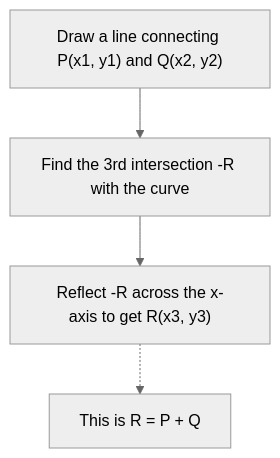
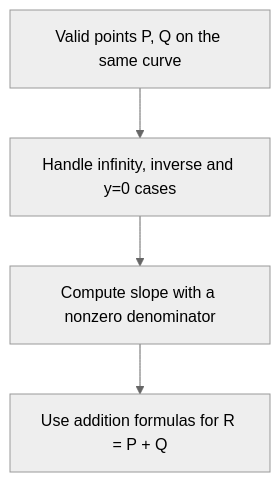
One commit to kenjinote/blog changed the first of 3 diagrams in content/post/楕円曲線暗号の数学的基礎とcppでの実装/index.en.md. Above: the diagram before and after it, drawn with Mermaid (neutral theme). The commit also changed other lines of this file and 8 other files, not shown here.

````diff
--- a/content/post/楕円曲線暗号の数学的基礎とcppでの実装/index.en.md
+++ b/content/post/楕円曲線暗号の数学的基礎とcppでの実装/index.en.md
@@ -113,6 +81,6 @@
 ```mermaid
 graph TD
-    Step1["Draw a line connecting P(x1, y1) and Q(x2, y2)"] --> Step2["Find the 3rd intersection -R with the curve"]
-    Step2 --> Step3["Reflect -R across the x-axis to get R(x3, y3)"]
-    Step3 -.-> Result["This is R = P + Q"]
+    A["Valid points P, Q on the same curve"] --> B["Handle infinity, inverse and y=0 cases"]
+    B --> C["Compute slope with a nonzero denominator"]
+    C --> D["Use addition formulas for R = P + Q"]
 ```
````
